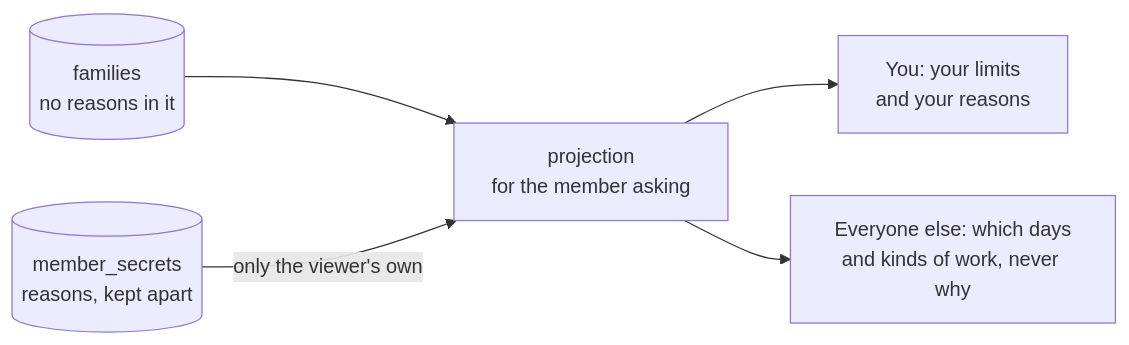
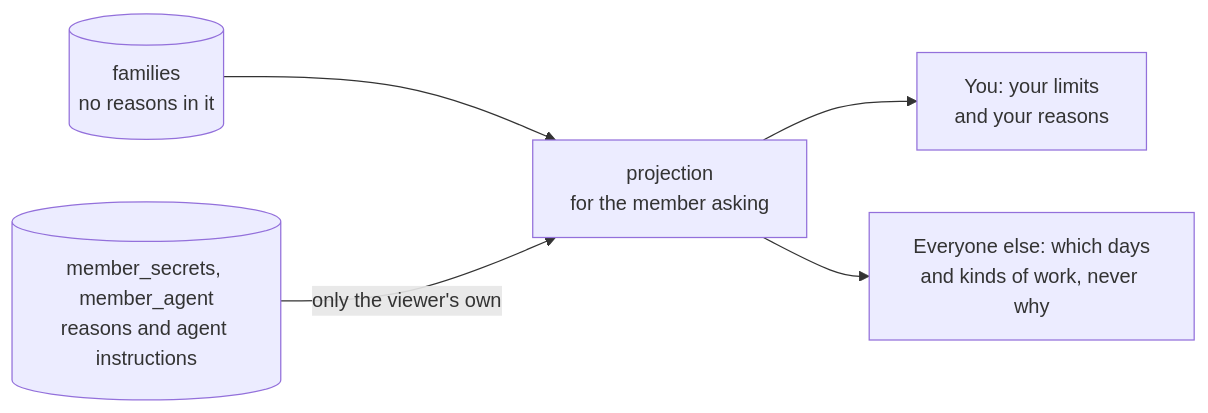
Before and after one commit to ahammadshawki8/Shoulder: the second of 2 diagrams in README.md, drawn with Mermaid. The commit also changed other lines of this file and 23 other files, not shown here.

First line of the commit message:
Editable settings, agent instructions, wider layouts, and diagrams on About

````diff
--- a/README.md
+++ b/README.md
@@ -206,7 +212,7 @@
 ```mermaid
 flowchart LR
     DB[("families<br/>no reasons in it")] --> P["projection<br/>for the member asking"]
-    S[("member_secrets<br/>reasons, kept apart")] -->|"only the viewer's own"| P
+    S[("member_secrets, member_agent<br/>reasons and agent instructions")] -->|"only the viewer's own"| P
     P --> Y["You: your limits<br/>and your reasons"]
     P --> O["Everyone else: which days<br/>and kinds of work, never why"]
 ```
````
